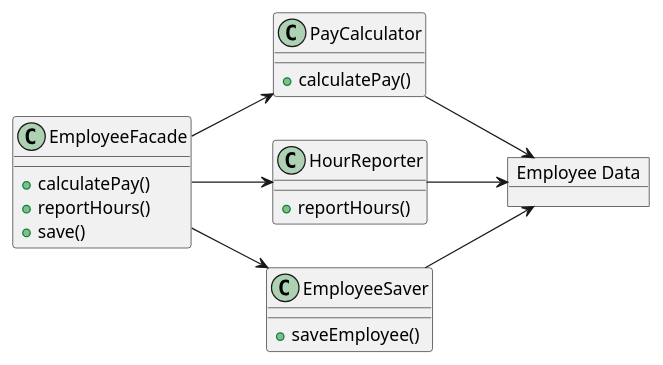
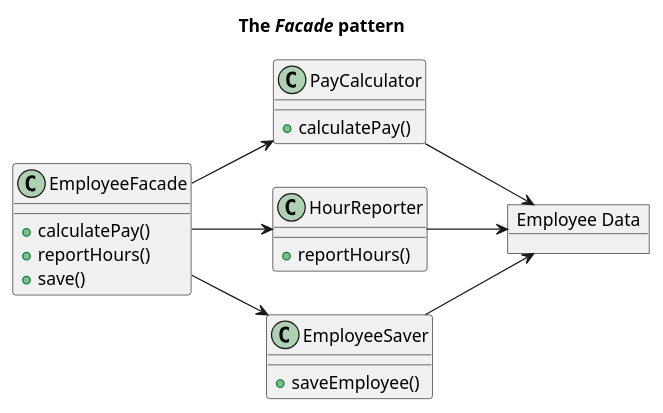
One commit to huland/logseq-notes changed the second of 2 diagrams in pages/Robert C. Martin - Clean Architecture A Craftsman's Guide to Software Structure and Design.md. Above: the diagram before and after it, drawn with PlantUML. The commit also changed other lines of this file, not shown here.

```diff
--- a/pages/Robert C. Martin - Clean Architecture A Craftsman's Guide to Software Structure and Design.md
+++ b/pages/Robert C. Martin - Clean Architecture A Craftsman's Guide to Software Structure and Design.md
@@ -113,30 +115,32 @@
 				  @startuml
 				  
 				  allowmixing
 				  left to right direction
+				  
+				  Title The <i>Facade</i> pattern
 				  
 				  class EmployeeFacade {
 				    + calculatePay()
 				    + reportHours()
 				    + save()
 				  }
 				  
 				  class PayCalculator {
 				    + calculatePay()
 				  }
 				  class HourReporter {
 				    + reportHours()
 				  }
 				  class EmployeeSaver{
 				    + saveEmployee()
 				  }
 				  object "Employee Data" as emp_data
 				  
 				  EmployeeFacade --> PayCalculator
 				  EmployeeFacade --> HourReporter
 				  EmployeeFacade --> EmployeeSaver
 				  PayCalculator --> emp_data
 				  HourReporter --> emp_data
 				  EmployeeSaver --> emp_data
 				  
 				  @enduml
```
